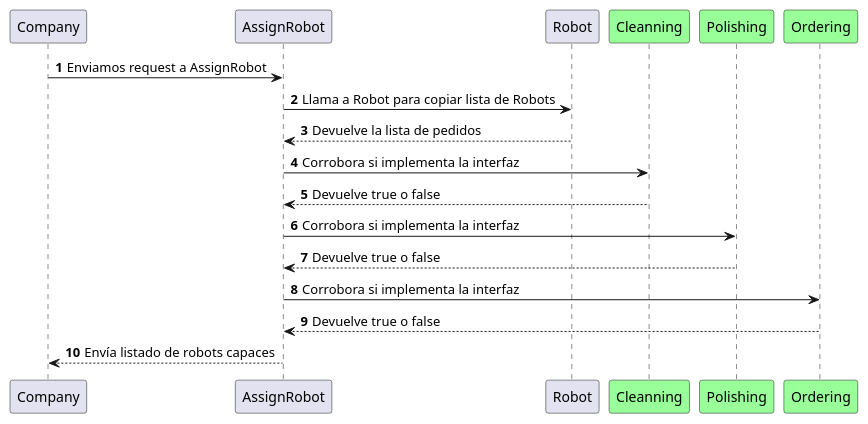
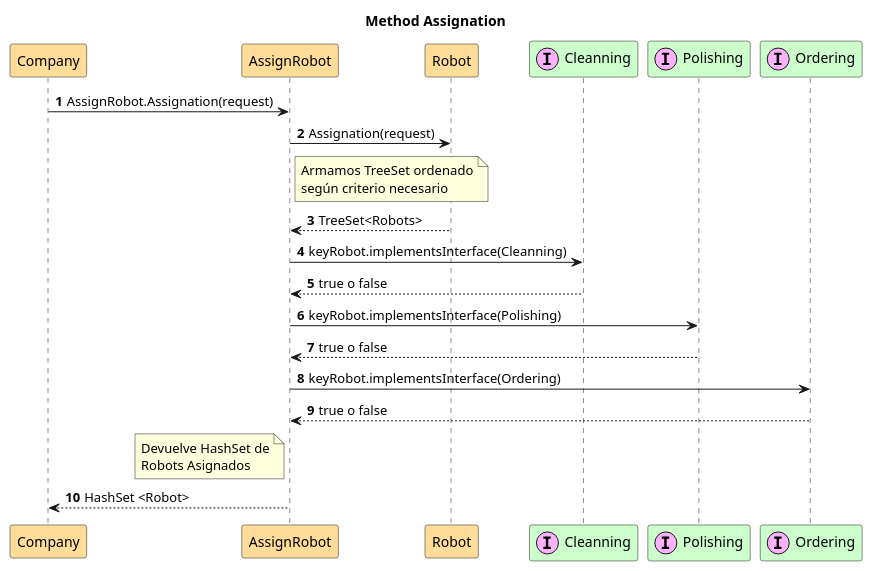
Before and after one commit to Grupo-3-Labo-y-prog/RobotsTP: the diagram in diagramas/assignation-method.puml, drawn with PlantUML. The commit also changed 1 other file, not shown here.

Commit message:
Diagrama Assignation

```diff
--- a/diagramas/assignation-method.puml
+++ b/diagramas/assignation-method.puml
@@ -1,21 +1,37 @@
 @startuml
 'https://plantuml.com/sequence-diagram
 
 autonumber
 
 
-Company -> AssignRobot: Enviamos request a AssignRobot
-AssignRobot -> Robot: Llama a Robot para copiar lista de Robots
-Robot --> AssignRobot: Devuelve la lista de pedidos
-participant Cleanning #99FF99
-AssignRobot -> Cleanning: Corrobora si implementa la interfaz
-Cleanning --> AssignRobot: Devuelve true o false
-participant Polishing #99FF99
-AssignRobot ->Polishing: Corrobora si implementa la interfaz
-Polishing --> AssignRobot: Devuelve true o false
-participant Ordering #99FF99
-AssignRobot ->Ordering: Corrobora si implementa la interfaz
-Ordering --> AssignRobot: Devuelve true o false
-AssignRobot --> Company: Envía listado de robots capaces
+Title: Method Assignation
+participant Company  #ffdd99
+participant AssignRobot #ffdd99
+
+Company -> AssignRobot: AssignRobot.Assignation(request)
+
+participant Robot #ffdd99
+
+AssignRobot -> Robot: Assignation(request)
+note right of AssignRobot
+Armamos TreeSet ordenado
+según criterio necesario
+end note
+
+Robot --> AssignRobot: TreeSet<Robots>
+participant Cleanning << (I, #ffb3ff  >> #ccffcc
+AssignRobot -> Cleanning: keyRobot.implementsInterface(Cleanning)
+Cleanning --> AssignRobot:true o false
+participant Polishing << (I, #ffb3ff  >> #ccffcc
+AssignRobot ->Polishing: keyRobot.implementsInterface(Polishing)
+Polishing --> AssignRobot: true o false
+participant Ordering << (I, #ffb3ff  >> #ccffcc
+AssignRobot ->Ordering: keyRobot.implementsInterface(Ordering)
+Ordering --> AssignRobot: true o false
+note left AssignRobot
+Devuelve HashSet de
+Robots Asignados
+end note
+AssignRobot --> Company: HashSet <Robot>
 
 @enduml
```
